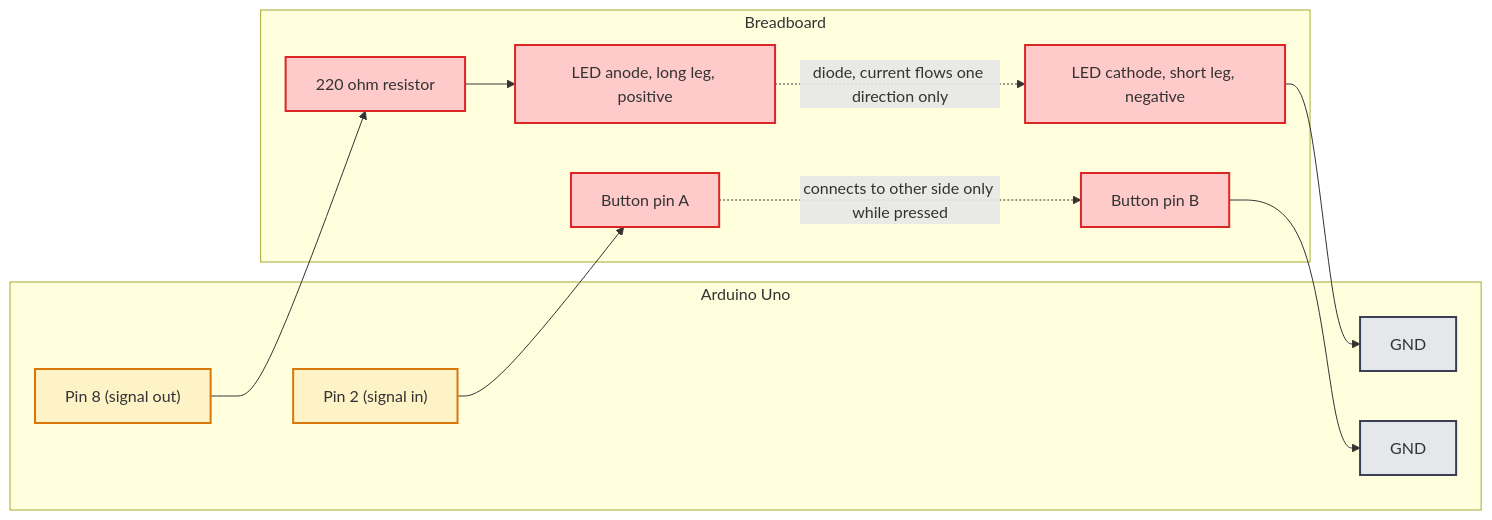
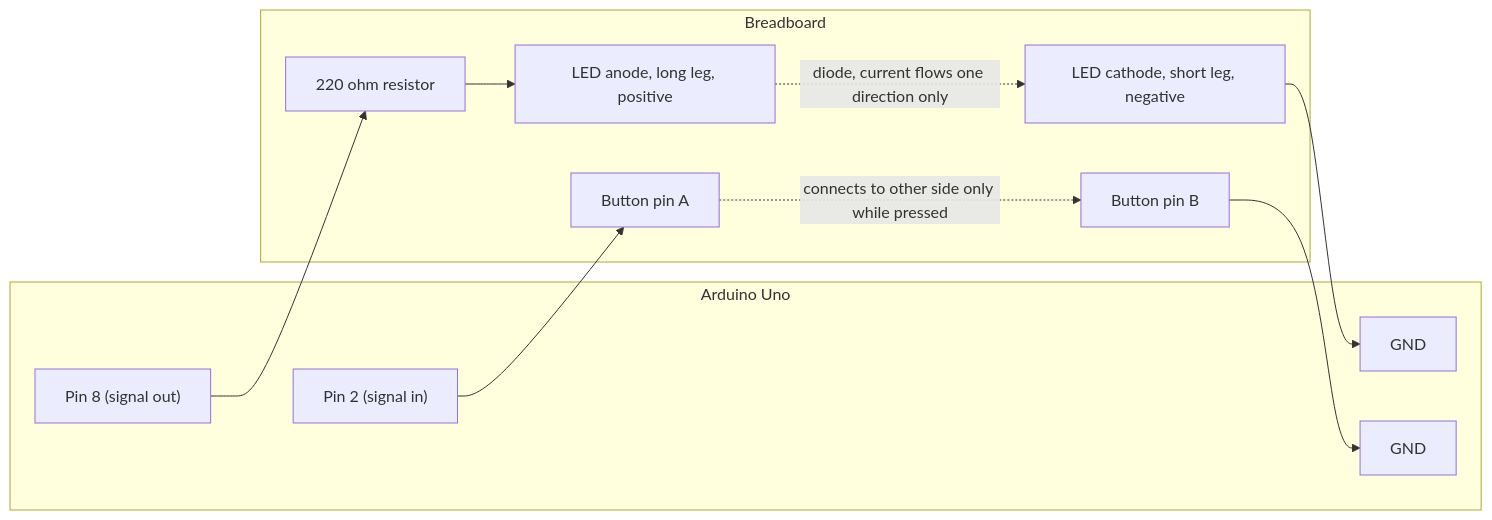
The diagram in reaction_timer_wiring_diagram.mermaid (Asma-Khanam/Mini-Reaction-Timer), drawn with Mermaid before and after one commit.

Commit message:
Simplify wiring diagram by removing style classes
Removed class definitions for styles and adjusted connections.

```diff
--- a/reaction_timer_wiring_diagram.mermaid
+++ b/reaction_timer_wiring_diagram.mermaid
@@ -1,32 +1,23 @@
 flowchart LR
     subgraph Arduino["Arduino Uno"]
         P8["Pin 8 (signal out)"]
         P2["Pin 2 (signal in)"]
         G1["GND"]
         G2["GND"]
     end
 
     subgraph Breadboard["Breadboard"]
         R["220 ohm resistor"]
         LEDA["LED anode, long leg, positive"]
         LEDC["LED cathode, short leg, negative"]
         BTNA["Button pin A"]
         BTNB["Button pin B"]
     end
 
     P8 --> R --> LEDA
     LEDA -. diode, current flows one direction only .-> LEDC
     LEDC --> G1
 
     P2 --> BTNA
     BTNA -. connects to other side only while pressed .-> BTNB
     BTNB --> G2
-
-    classDef arduinoStyle fill:#dbeafe,stroke:#2563eb,stroke-width:2px
-    classDef signalStyle fill:#fef3c7,stroke:#d97706,stroke-width:2px
-    classDef groundStyle fill:#e5e7eb,stroke:#374151,stroke-width:2px
-    classDef componentStyle fill:#fecaca,stroke:#dc2626,stroke-width:2px
-
-    class P8,P2 signalStyle
-    class G1,G2 groundStyle
-    class R,LEDA,LEDC,BTNA,BTNB componentStyle
```
